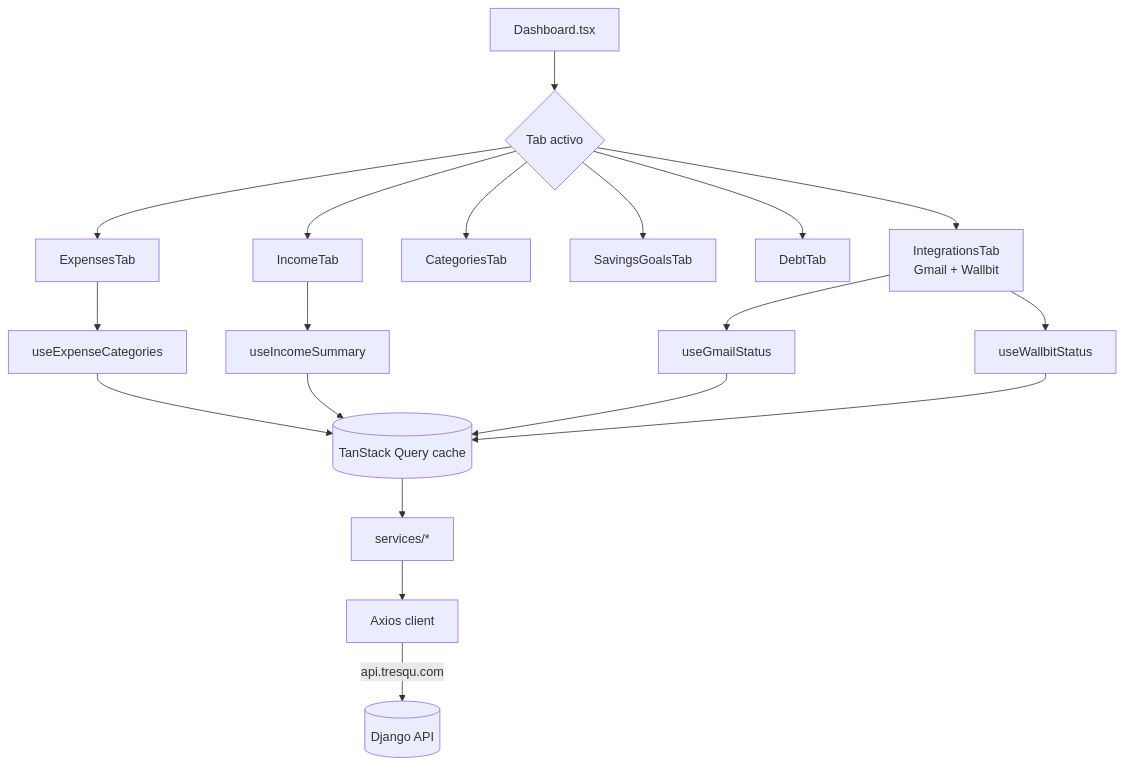
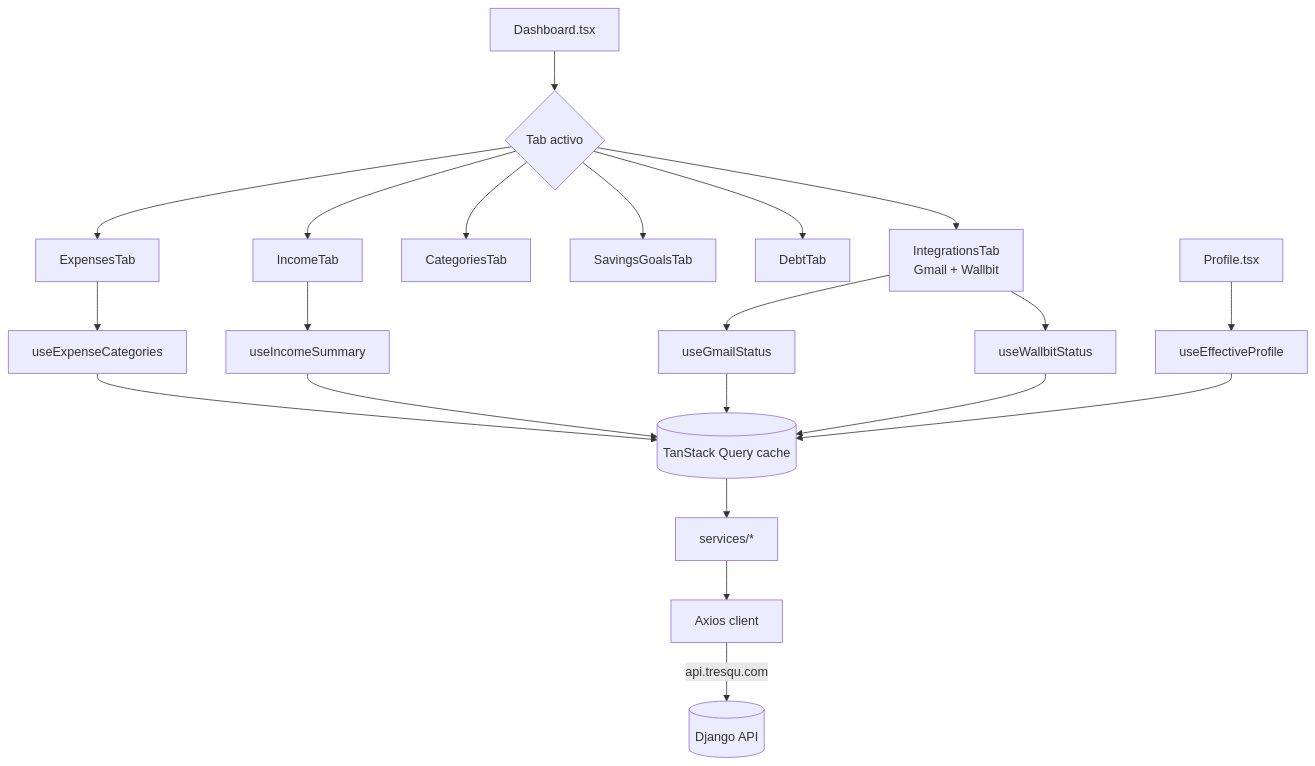
One commit to Jjat00/tresqu-frontend changed the second of 3 diagrams in README.md. Above: the diagram before and after it, drawn with Mermaid. The commit also changed other lines of this file, not shown here.

First line of the commit message:
docs: document RiskProfileCard and risk-profile frontend wiring

````diff
--- a/README.md
+++ b/README.md
@@ -74,24 +76,26 @@
 ```mermaid
 flowchart TB
     PAGE[Dashboard.tsx] --> TAB{Tab activo}
     TAB --> EXP[ExpensesTab]
     TAB --> INC[IncomeTab]
     TAB --> CAT[CategoriesTab]
     TAB --> SAV[SavingsGoalsTab]
     TAB --> DEB[DebtTab]
     TAB --> INT[IntegrationsTab<br/>Gmail + Wallbit]
 
     EXP --> HE[useExpenseCategories]
     INC --> HI[useIncomeSummary]
     INT --> HG[useGmailStatus]
     INT --> HW[useWallbitStatus]
+    PROFILE[Profile.tsx] --> HR[useEffectiveProfile]
 
     HE --> RQS[(TanStack Query cache)]
     HI --> RQS
     HG --> RQS
     HW --> RQS
+    HR --> RQS
 
     RQS --> SVC[services/*]
     SVC --> AX[Axios client]
     AX -->|api.tresqu.com| BACKEND[(Django API)]
 ```
````
